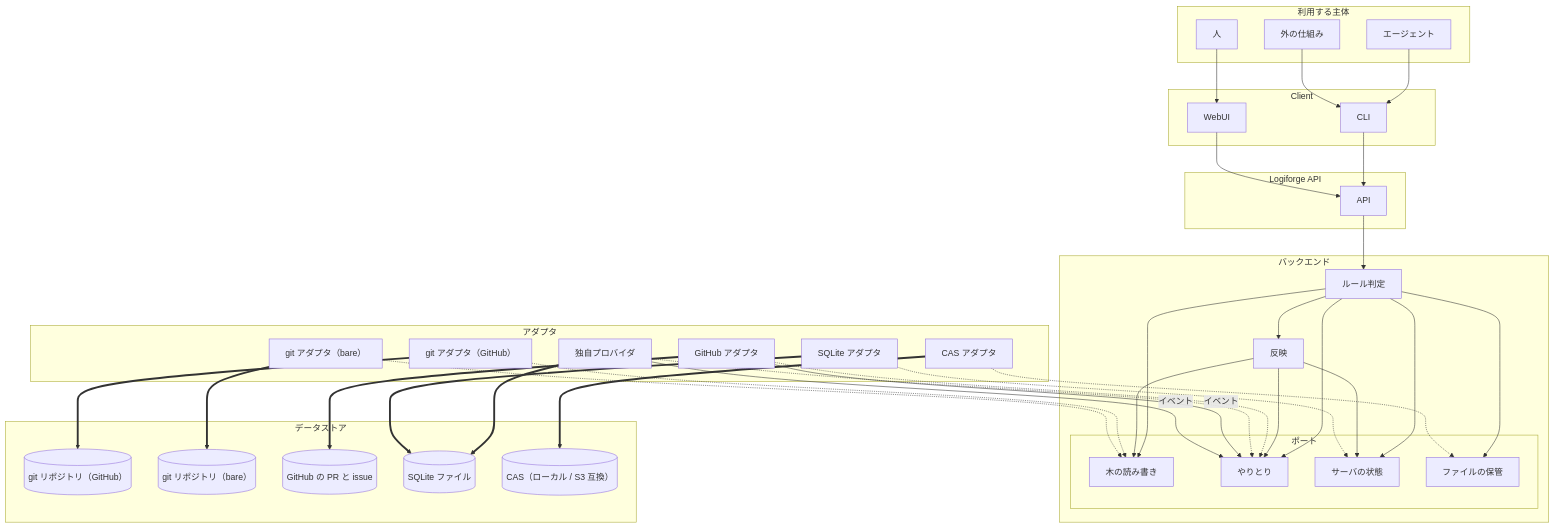
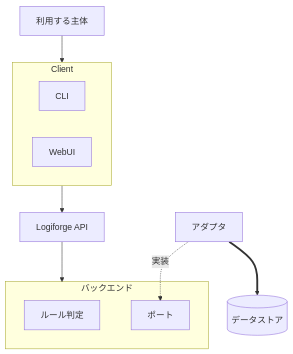
Before and after one commit to yamambainc/logiforge: the diagram in design/architecture.md, drawn with Mermaid. The commit also changed other lines of this file and 3 other files, not shown here.

First line of the commit message:
design: 全体図をレイヤーだけにし、詳細の図をそれぞれのページに分けた

````diff
--- a/design/architecture.md
+++ b/design/architecture.md
@@ -8,68 +8,20 @@
 ```mermaid
 flowchart TB
-  subgraph US["利用する主体"]
-    AGT["エージェント"]
-    EXT["外の仕組み"]
-    HUM["人"]
-  end
+  US["利用する主体"]
   subgraph CL["Client"]
     CLI["CLI"]
     WEB["WebUI"]
   end
-  subgraph AP["Logiforge API"]
-    API["API"]
-  end
+  API["Logiforge API"]
   subgraph BE["バックエンド"]
     RULE["ルール判定"]
-    MERGE["反映"]
-    subgraph PT["ポート"]
-      P1["木の読み書き"]
-      P2["やりとり"]
-      P3["サーバの状態"]
-      P4["ファイルの保管"]
-    end
+    PORT["ポート"]
   end
-  subgraph AD["アダプタ"]
-    GITR["git アダプタ（GitHub）"]
-    GITL["git アダプタ（bare）"]
-    GH["GitHub アダプタ"]
-    NA["独自プロバイダ"]
-    SQ["SQLite アダプタ"]
-    CA["CAS アダプタ"]
-  end
-  subgraph DS["データストア"]
-    GHR[("git リポジトリ（GitHub）")]
-    BARE[("git リポジトリ（bare）")]
-    GHS[("GitHub の PR と issue")]
-    DB[("SQLite ファイル")]
-    OBJ[("CAS（ローカル / S3 互換）")]
-  end
-  AGT --> CLI
-  EXT --> CLI
-  HUM --> WEB
-  CLI --> API
-  WEB --> API
-  API --> RULE
-  RULE --> MERGE
-  RULE --> P1
-  RULE --> P2
-  RULE --> P3
-  RULE --> P4
-  MERGE --> P1
-  MERGE --> P2
-  MERGE --> P3
-  GITR -.-> P1
-  GITL -.-> P1
-  GH -.-> P2
-  NA -.-> P2
-  SQ -.-> P3
-  CA -.-> P4
-  GITR ==> GHR
-  GITL ==> BARE
-  GH ==> GHS
-  NA ==> DB
-  SQ ==> DB
-  CA ==> OBJ
-  GH -->|イベント| P2
-  NA -->|イベント| P2
+  AD["アダプタ"]
+  DS[("データストア")]
+  US --> CL
+  CL --> API
+  API --> BE
+  AD -.->|実装| PORT
+  AD ==> DS
 ```
````
